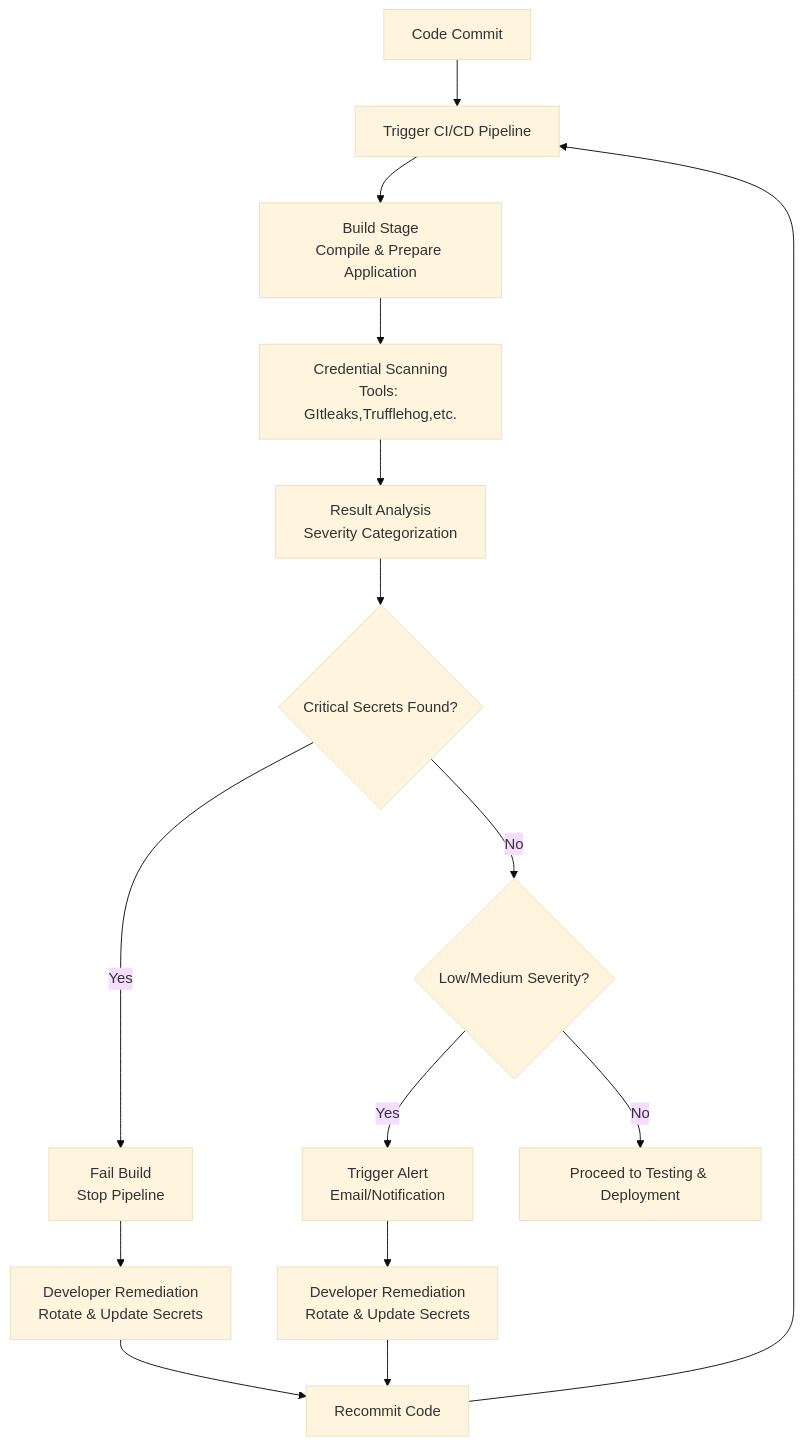
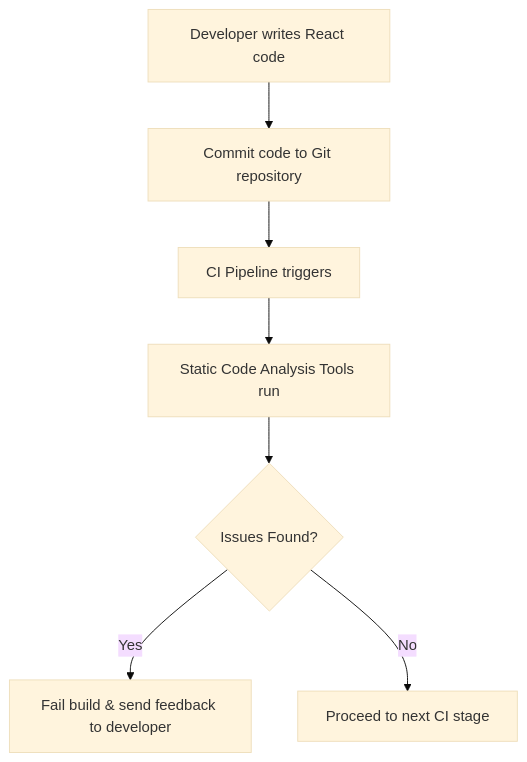
One commit to Ishaan-Dev5/sanatak changed the diagram in sprint-2/StaticCodeAnalysis.md. Above: the diagram before and after it, drawn with Mermaid (base theme). The commit also changed other lines of this file, not shown here.

````diff
--- a/sprint-2/StaticCodeAnalysis.md
+++ b/sprint-2/StaticCodeAnalysis.md
@@ -67,23 +71,9 @@
 ```mermaid
 flowchart TD
-    A[Code Commit] --> B[Trigger CI/CD Pipeline]
-    B --> C[Build Stage<br>Compile & Prepare Application]
-    C --> D[Credential Scanning<br>Tools: GItleaks,Trufflehog,etc.]
-    D --> E[Result Analysis<br>Severity Categorization]
-    
-    E --> F1{Critical Secrets Found?}
-    
-    F1 -->|Yes| G1[Fail Build<br>Stop Pipeline]
-    F1 -->|No| F2{Low/Medium Severity?}
-    
-    F2 -->|Yes| G2[Trigger Alert<br>Email/Notification]
-    G2 --> H[Developer Remediation<br>Rotate & Update Secrets]
-    H --> I[Recommit Code]
-    I --> B
-    
-    F2 -->|No| J[Proceed to Testing & Deployment]
-
-    G1 --> K[Developer Remediation<br>Rotate & Update Secrets]
-    K --> I
-
+    A[Developer writes React code] --> B[Commit code to Git repository]
+    B --> C[CI Pipeline triggers]
+    C --> D[Static Code Analysis Tools run]
+    D --> E{Issues Found?}
+    E -- Yes --> F[Fail build & send feedback to developer]
+    E -- No --> G[Proceed to next CI stage]
 ```
````
